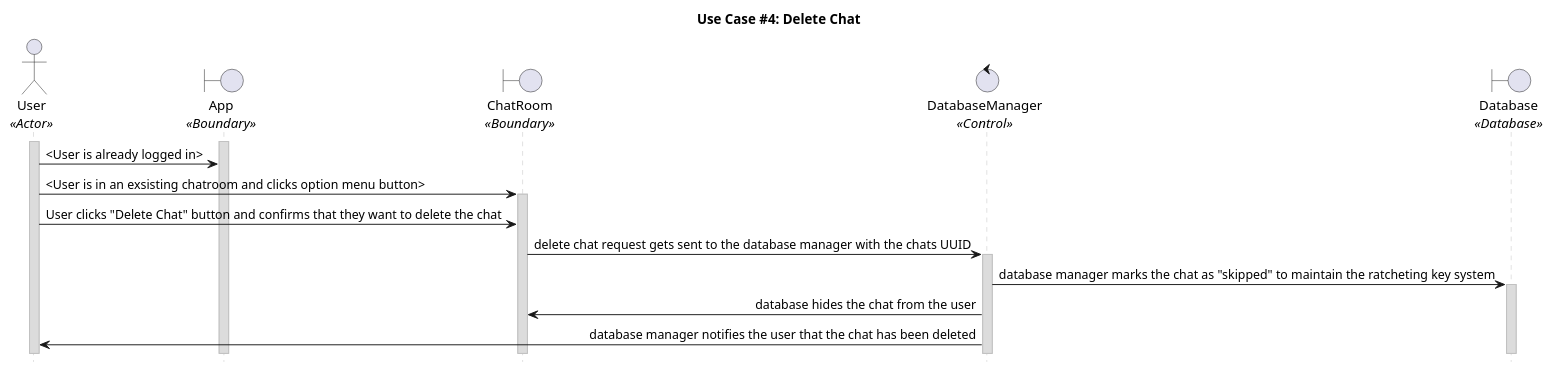
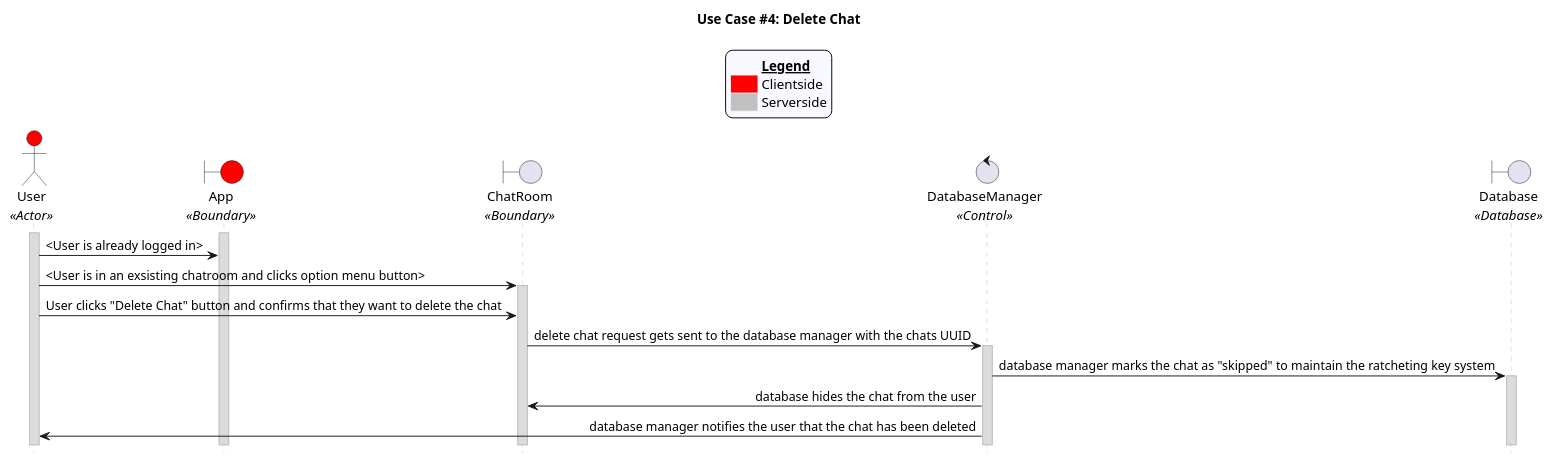
The diagram in uc_04.puml (CECS-491-SP24-Group-1/seq-diagrams), drawn with PlantUML before and after one commit.

Commit message:
reformatted with legend

```diff
--- a/uc_04.puml
+++ b/uc_04.puml
@@ -1,56 +1,69 @@
 @startuml uc04
 title "Use Case #4: Delete Chat"
 
 'Styling goes here
 hide footbox
 skinparam stereotypePosition bottom
 skinparam sequenceMessageAlign direction
 skinparam sequence {
 	LifeLineBorderColor #Silver
 	LifeLineBackgroundColor #Gainsboro
 }
 
+'Add a legend plus styling
+skinparam legend {
+	backgroundColor #GhostWhite
+	entrySeparator #GhostWhite
+}
+
+legend top
+	<#GhostWhite,#GhostWhite>|	|= __Legend__ |
+	|<#red> | Clientside|
+	|<#silver> | Serverside|
+endlegend
+
+
 'Setup the objects involved here
-actor User as u <<Actor>>
-boundary App as a <<Boundary>>
+actor User as u <<Actor>> #red
+boundary App as a <<Boundary>> #red
 boundary ChatRoom as cr <<Boundary>>
 control DatabaseManager as dm <<Control>>
 boundary Database as db <<Database>>
 
 
 'Setup persistent objects here
 activate u
 activate a 
 
 
 '--- FLOW OF CONTROL STARTS HERE ---
 'User is logged in
 u -> a: <User is already logged in>
 
 'User accesses existing chat and clicks options menu
 u -> cr: <User is in an exsisting chatroom and clicks option menu button>
 activate cr
 
 'User clicks "Delete Chat" button and confirms that they want to delete the chat
 u -> cr: User clicks "Delete Chat" button and confirms that they want to delete the chat
 
 'Chatroom sends delete chat request to the database manager
 cr -> dm: delete chat request gets sent to the database manager with the chats UUID
 activate dm
 
 'Database manager marks the chat as "skipped" to maintain the continuity of the ratcheting key system in place
 dm -> db: database manager marks the chat as "skipped" to maintain the ratcheting key system
 activate db
 
 'Database manager hides the chat from the user
 dm -> cr: database hides the chat from the user
 
 'Database manager notifies the user that the chat has been deleted
 dm -> u: database manager notifies the user that the chat has been deleted
 
 
 
 
 '--- FLOW OF CONTROL ENDS HERE   ---
 
 @enduml
```
